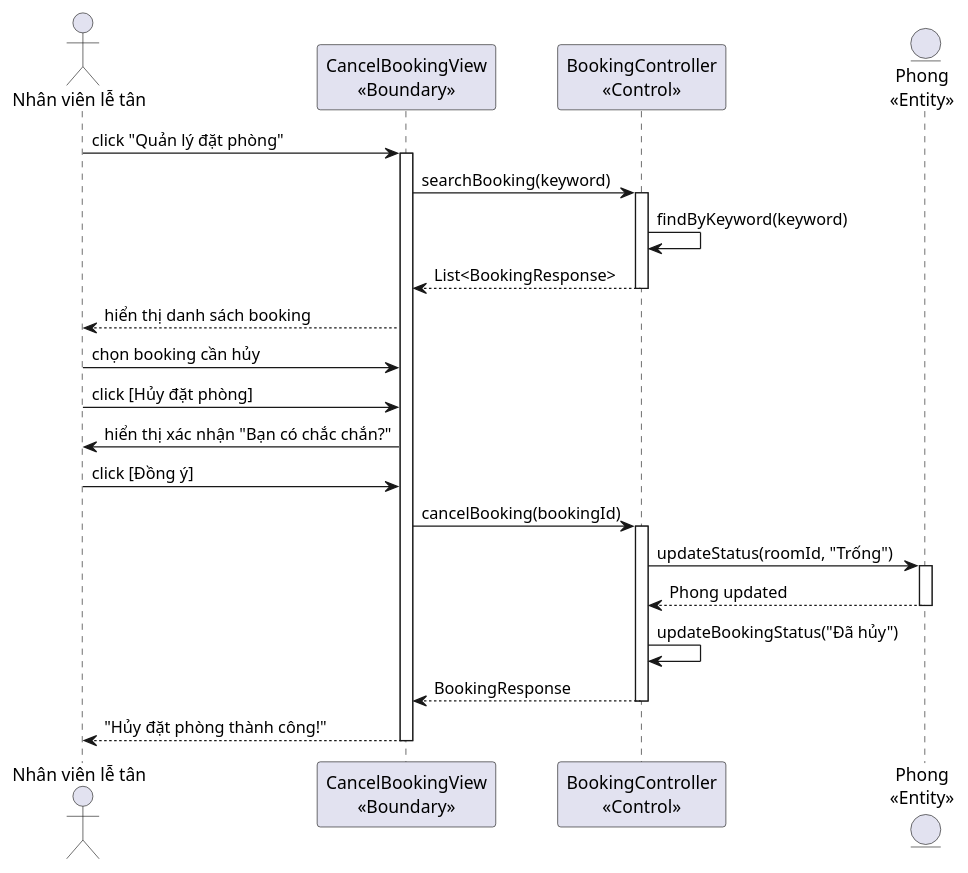
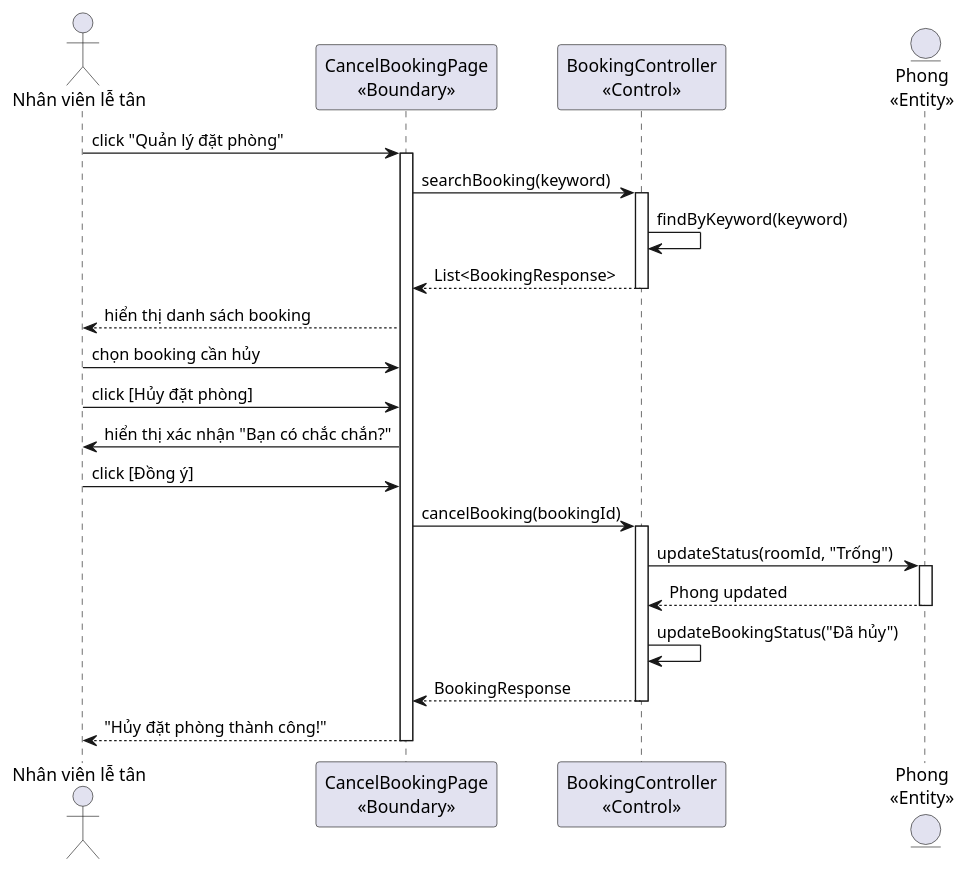
Before and after one commit to thanhtrnnn/cnpm: the fourth of 4 diagrams in docs/tabs/section-booking-iii.4.md, drawn with PlantUML. The commit also changed other lines of this file and 1 other file, not shown here.

First line of the commit message:
fix: update sequence diagram narrative with React class names

````diff
--- a/docs/tabs/section-booking-iii.4.md
+++ b/docs/tabs/section-booking-iii.4.md
@@ -266,33 +266,33 @@
 ```plantuml
 @startuml
 actor "Nhân viên lễ tân" as NV
-participant "CancelBookingView\n<<Boundary>>" as Cancel
+participant "CancelBookingPage\n<<Boundary>>" as Cancel
 participant "BookingController\n<<Control>>" as Ctrl
 entity "Phong\n<<Entity>>" as Phong
 
 NV -> Cancel: click "Quản lý đặt phòng"
 activate Cancel
 Cancel -> Ctrl: searchBooking(keyword)
 activate Ctrl
 Ctrl -> Ctrl: findByKeyword(keyword)
 Ctrl --> Cancel: List<BookingResponse>
 deactivate Ctrl
 Cancel --> NV: hiển thị danh sách booking
 
 NV -> Cancel: chọn booking cần hủy
 NV -> Cancel: click [Hủy đặt phòng]
 Cancel -> NV: hiển thị xác nhận "Bạn có chắc chắn?"
 NV -> Cancel: click [Đồng ý]
 Cancel -> Ctrl: cancelBooking(bookingId)
 activate Ctrl
 Ctrl -> Phong: updateStatus(roomId, "Trống")
 activate Phong
 Phong --> Ctrl: Phong updated
 deactivate Phong
 Ctrl -> Ctrl: updateBookingStatus("Đã hủy")
 Ctrl --> Cancel: BookingResponse
 deactivate Ctrl
 Cancel --> NV: "Hủy đặt phòng thành công!"
 deactivate Cancel
 @enduml
 ```
````
